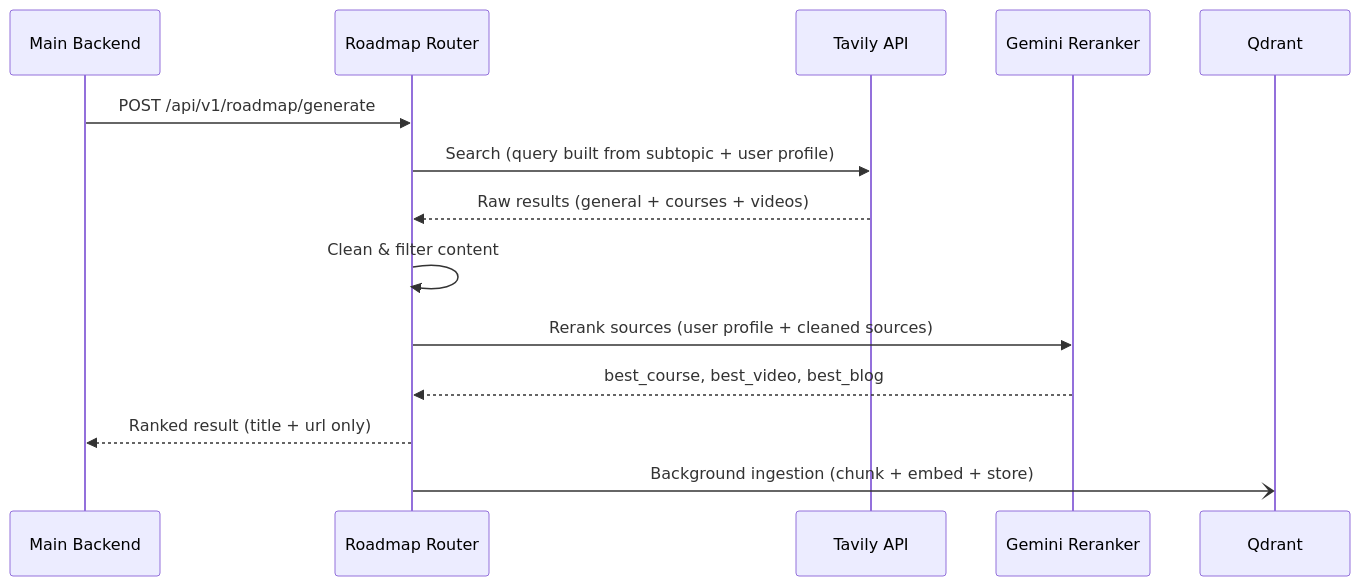
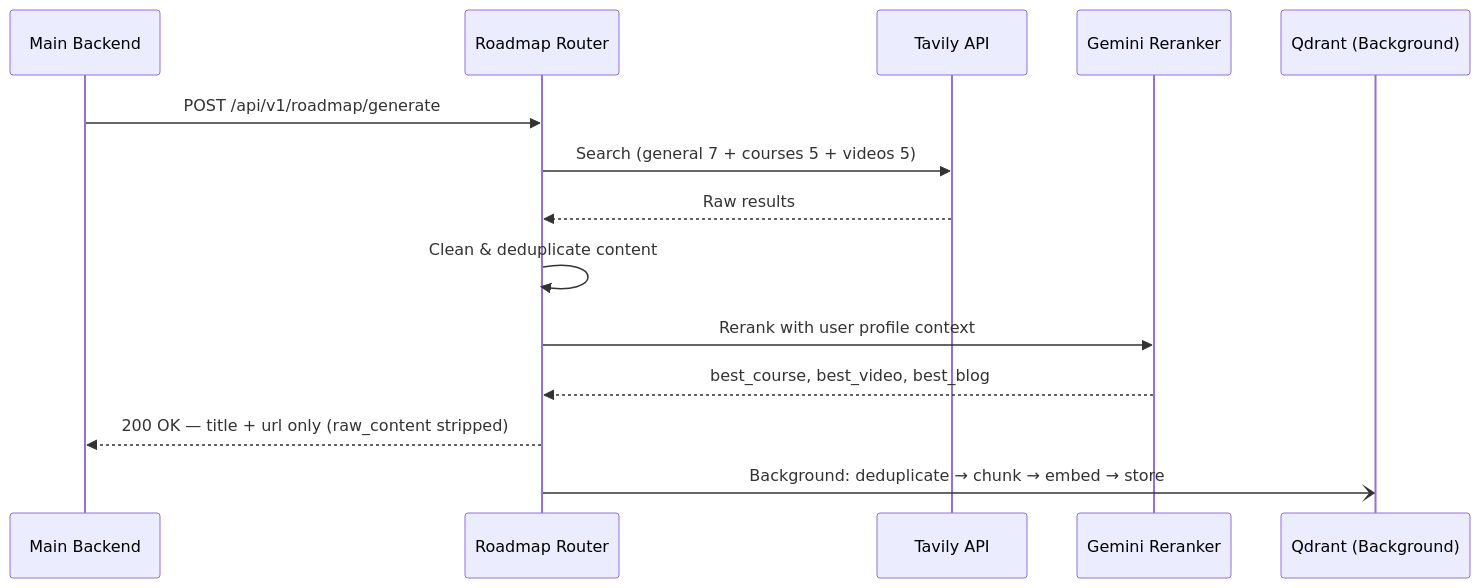
One commit to MohamedMagdy-203/learning-services changed the second of 6 diagrams in README.md. Above: the diagram before and after it, drawn with Mermaid. The commit also changed other lines of this file, not shown here.

````diff
--- a/README.md
+++ b/README.md
@@ -105,17 +123,17 @@
 ```mermaid
 sequenceDiagram
     participant MB as Main Backend
     participant RR as Roadmap Router
     participant TV as Tavily API
     participant LLM as Gemini Reranker
-    participant QD as Qdrant
+    participant QD as Qdrant (Background)
 
     MB->>RR: POST /api/v1/roadmap/generate
-    RR->>TV: Search (query built from subtopic + user profile)
-    TV-->>RR: Raw results (general + courses + videos)
-    RR->>RR: Clean & filter content
-    RR->>LLM: Rerank sources (user profile + cleaned sources)
+    RR->>TV: Search (general 7 + courses 5 + videos 5)
+    TV-->>RR: Raw results
+    RR->>RR: Clean & deduplicate content
+    RR->>LLM: Rerank with user profile context
     LLM-->>RR: best_course, best_video, best_blog
-    RR-->>MB: Ranked result (title + url only)
-    RR-)QD: Background ingestion (chunk + embed + store)
+    RR-->>MB: 200 OK — title + url only (raw_content stripped)
+    RR-)QD: Background: deduplicate → chunk → embed → store
 ```
````
